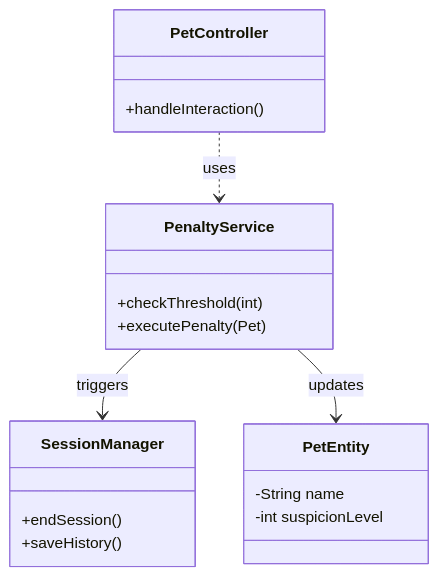
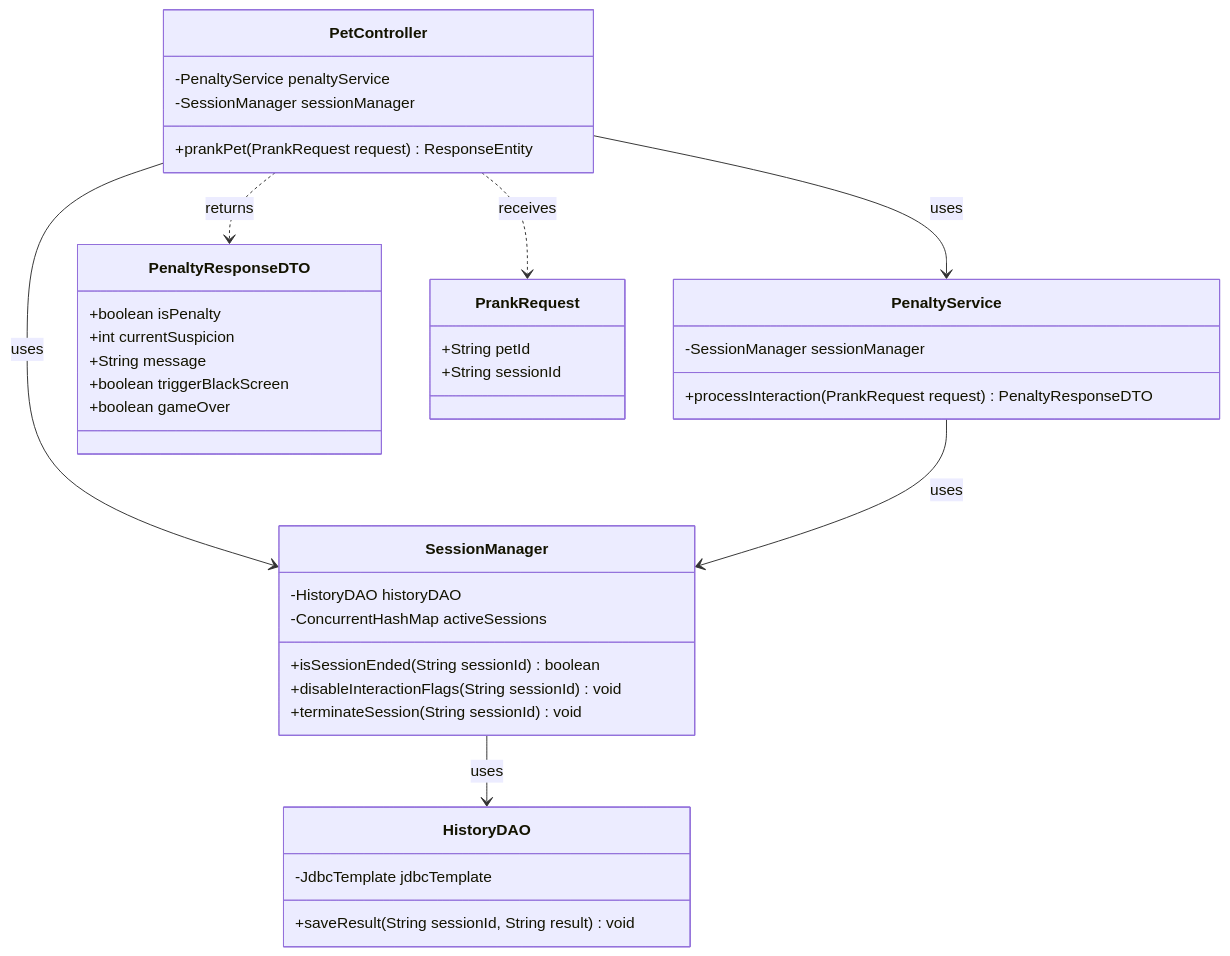
Before and after one commit to Ngan22130178/NMCongNghePhanMem_Bai2_PhatTrienPhanMem: the second of 2 diagrams in doc/Tài liệu UC 5, 6 (báo cáo lần 2).md, drawn with Mermaid. The commit also changed other lines of this file, not shown here.

````diff
--- a/doc/Tài liệu UC 5, 6 (báo cáo lần 2).md
+++ b/doc/Tài liệu UC 5, 6 (báo cáo lần 2).md
@@ -70,23 +71,47 @@
 ```mermaid
 classDiagram
     class PetController {
-        +handleInteraction()
-    }
-    class PenaltyService {
-        +checkThreshold(int)
-        +executePenalty(Pet)
-    }
-    class SessionManager {
-        +endSession()
-        +saveHistory()
-    }
-    class PetEntity {
-        -String name
-        -int suspicionLevel
+        -PenaltyService penaltyService
+        -SessionManager sessionManager
+        +prankPet(PrankRequest request) ResponseEntity
     }
 
-    PetController ..> PenaltyService : uses
-    PenaltyService --> SessionManager : triggers
-    PenaltyService --> PetEntity : updates
+    class PenaltyService {
+        -SessionManager sessionManager
+        +processInteraction(PrankRequest request) PenaltyResponseDTO
+    }
+
+    class SessionManager {
+        -HistoryDAO historyDAO
+        -ConcurrentHashMap activeSessions
+        +isSessionEnded(String sessionId) boolean
+        +disableInteractionFlags(String sessionId) void
+        +terminateSession(String sessionId) void
+    }
+
+    class HistoryDAO {
+        -JdbcTemplate jdbcTemplate
+        +saveResult(String sessionId, String result) void
+    }
+
+    class PenaltyResponseDTO {
+        +boolean isPenalty
+        +int currentSuspicion
+        +String message
+        +boolean triggerBlackScreen
+        +boolean gameOver
+    }
+
+    class PrankRequest {
+        +String petId
+        +String sessionId
+    }
+
+    PetController --> PenaltyService : uses
+    PetController --> SessionManager : uses
+    PenaltyService --> SessionManager : uses
+    SessionManager --> HistoryDAO : uses
+    PetController ..> PenaltyResponseDTO : returns
+    PetController ..> PrankRequest : receives
 
 ```
````
